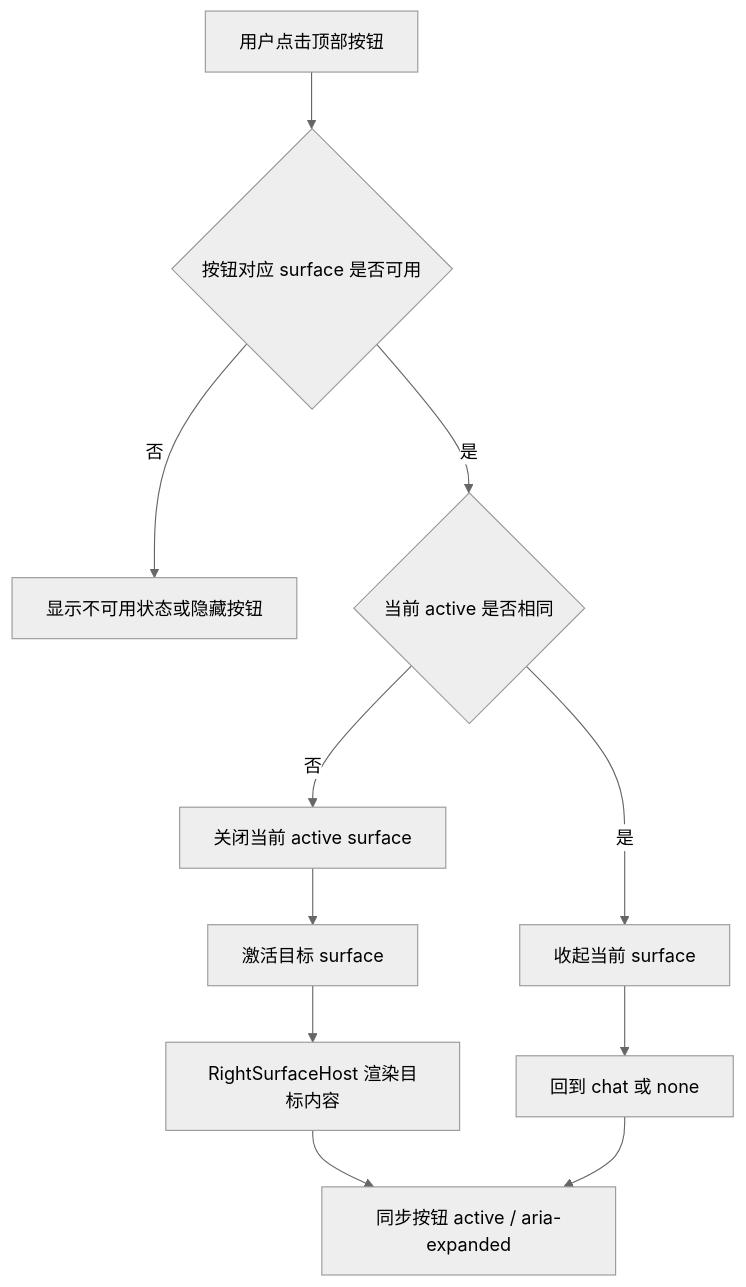
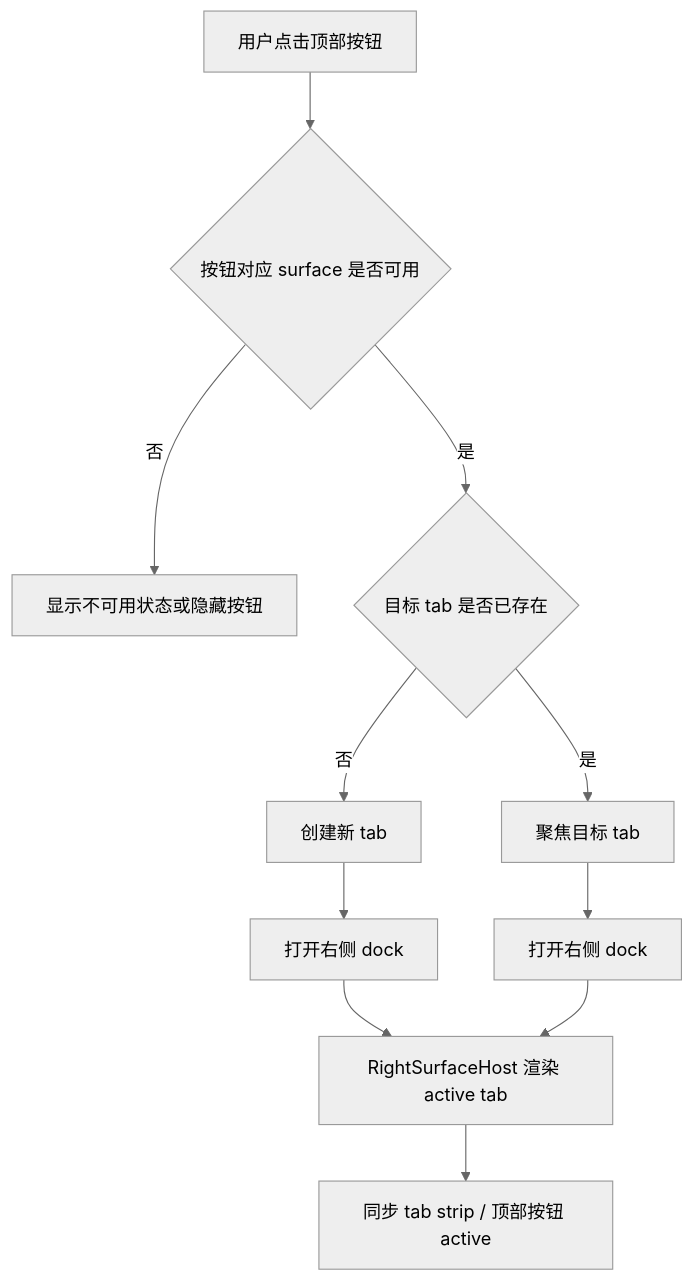
One commit to jiujuan/lime changed the third of 11 diagrams in internal/roadmap/rightsurface/README.md. Above: the diagram before and after it, drawn with Mermaid (neutral theme). The commit also changed other lines of this file and 377 other files, not shown here.

````diff
--- a/internal/roadmap/rightsurface/README.md
+++ b/internal/roadmap/rightsurface/README.md
@@ -277,13 +317,13 @@
 ```mermaid
 flowchart TD
   A[用户点击顶部按钮] --> B{按钮对应 surface 是否可用}
   B -- 否 --> C[显示不可用状态或隐藏按钮]
-  B -- 是 --> D{当前 active 是否相同}
-  D -- 是 --> E[收起当前 surface]
-  D -- 否 --> F[关闭当前 active surface]
-  F --> G[激活目标 surface]
-  G --> H[RightSurfaceHost 渲染目标内容]
-  E --> I[回到 chat 或 none]
-  H --> J[同步按钮 active / aria-expanded]
-  I --> J
+  B -- 是 --> D{目标 tab 是否已存在}
+  D -- 是 --> E[聚焦目标 tab]
+  D -- 否 --> F[创建新 tab]
+  F --> G[打开右侧 dock]
+  E --> H[打开右侧 dock]
+  G --> I[RightSurfaceHost 渲染 active tab]
+  H --> I
+  I --> J[同步 tab strip / 顶部按钮 active]
 ```
````
